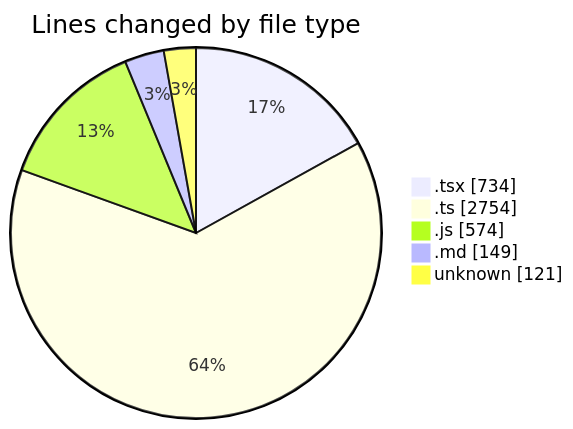
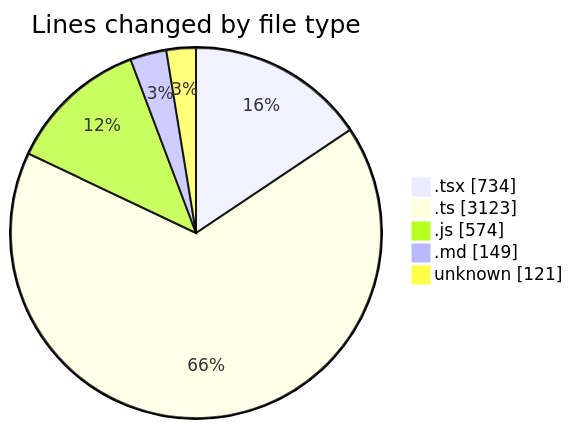
One commit to momahboobian/code-tracking changed the first of 2 diagrams in 2026-06-04/cda/README.md. Above: the diagram before and after it, drawn with Mermaid. The commit also changed other lines of this file and 1 other file, not shown here.

````diff
--- a/2026-06-04/cda/README.md
+++ b/2026-06-04/cda/README.md
@@ -37,9 +37,9 @@
 ```mermaid
 pie showData
 title Lines changed by file type
 ".tsx" : 734
-".ts" : 2754
+".ts" : 3123
 ".js" : 574
 ".md" : 149
 "unknown" : 121
 ```
````
